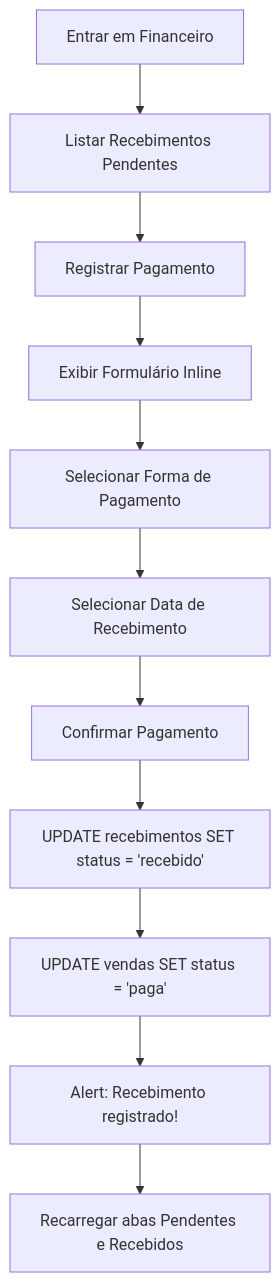
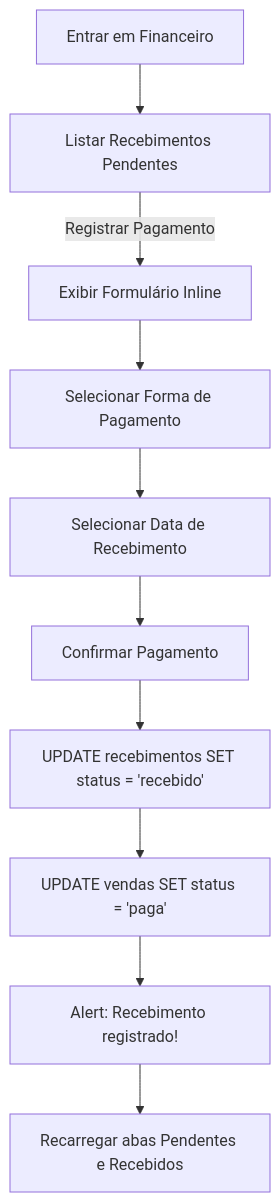
The eighth of 9 diagrams in README.md (EduardoHenrrykSimonato/sistema-gestao-comercial), drawn with Mermaid before and after one commit. The commit also changed other lines of this file and 16 other files, not shown here.

````diff
--- a/README.md
+++ b/README.md
@@ -311,13 +344,12 @@
 ```mermaid
 flowchart TD
     Fin["Entrar em Financeiro"] --> Receber["Listar Recebimentos Pendentes"]
-    Receber --> SelRec["Registrar Pagamento"]
-    SelRec --> FormPag["Exibir Formulário Inline"]
+    Receber --> |"Registrar Pagamento"| FormPag["Exibir Formulário Inline"]
     FormPag --> InfForma["Selecionar Forma de Pagamento"]
     InfForma --> InfData["Selecionar Data de Recebimento"]
     InfData --> ConfPag["Confirmar Pagamento"]
     ConfPag --> AtuRec["UPDATE recebimentos SET status = 'recebido'"]
     AtuRec --> AtuVenda["UPDATE vendas SET status = 'paga'"]
     AtuVenda --> AlertSuc["Alert: Recebimento registrado!"]
     AlertSuc --> Reload["Recarregar abas Pendentes e Recebidos"]
 ```
````
